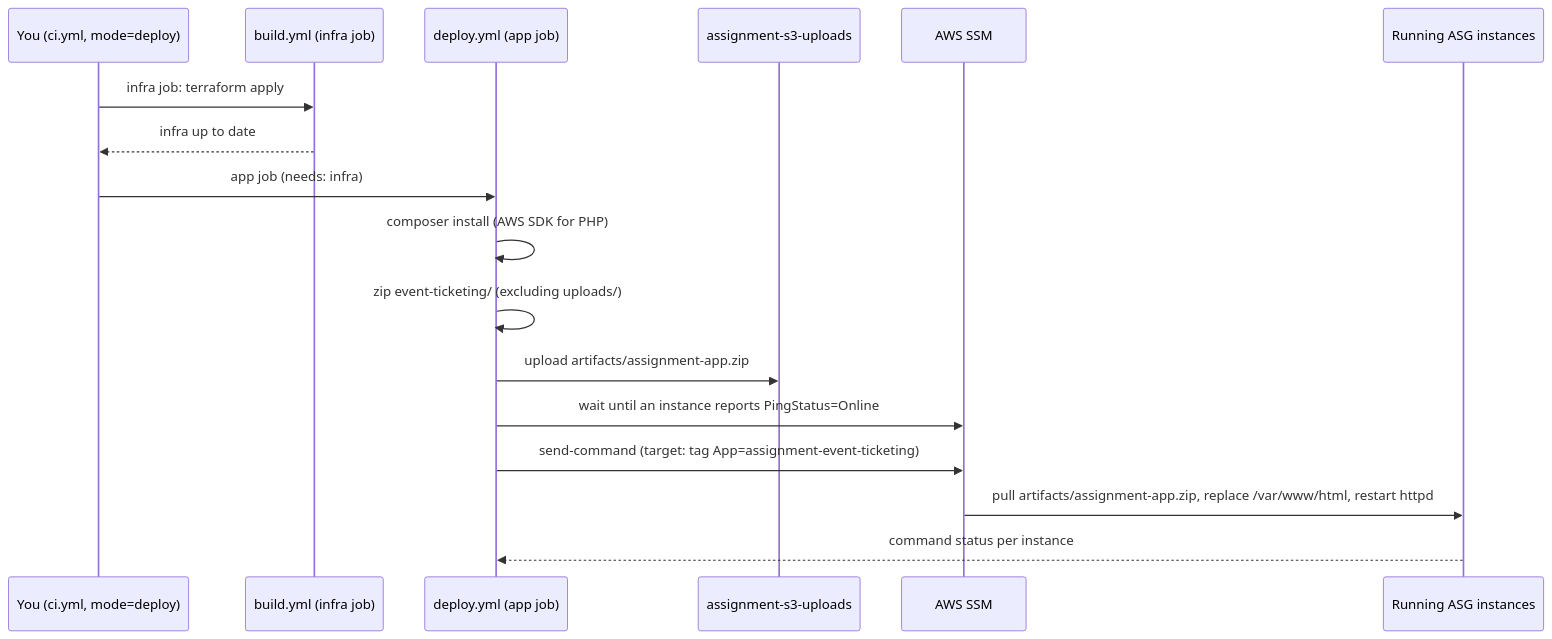
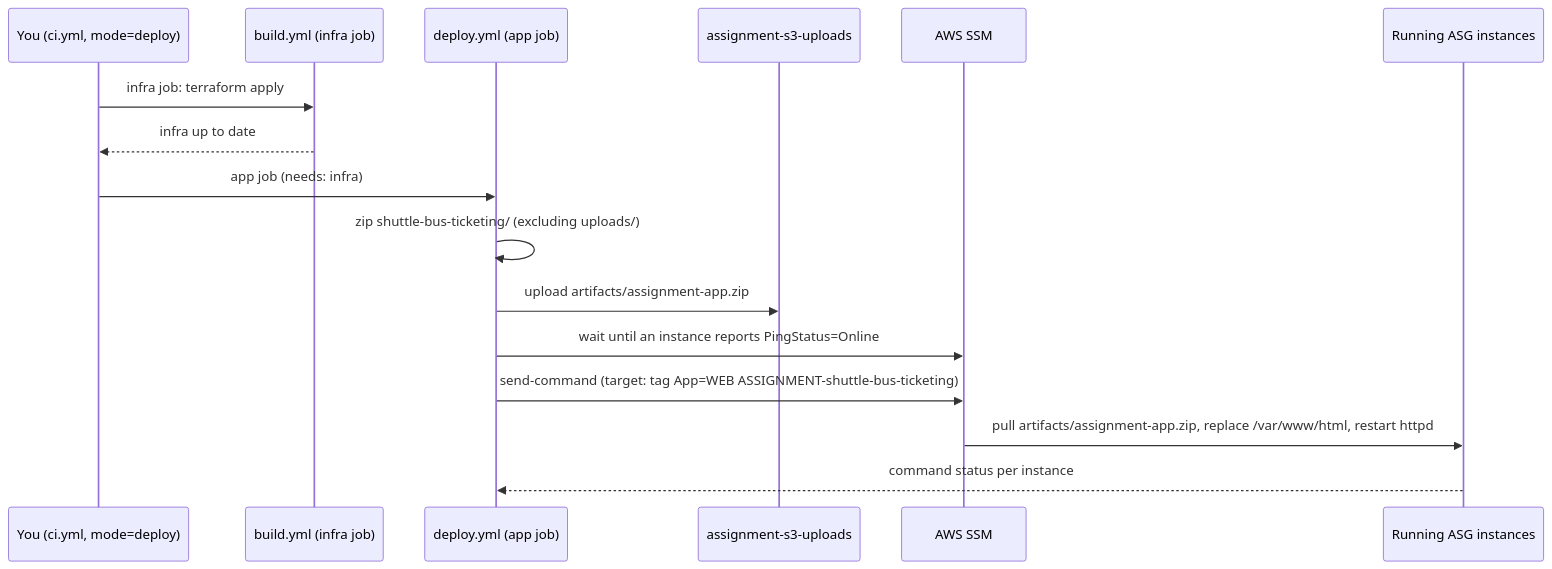
One commit to WEILI90/Campus-Shuttle-Bus-Ticketing-System changed the third of 3 diagrams in infra/README.md. Above: the diagram before and after it, drawn with Mermaid. The commit also changed other lines of this file and 10 other files, not shown here.

Commit message:
change from event ticketing to shuttle bus ticketing

````diff
--- a/infra/README.md
+++ b/infra/README.md
@@ -346,20 +340,19 @@
 ```mermaid
 sequenceDiagram
     participant Dev as You (ci.yml, mode=deploy)
     participant Build as build.yml (infra job)
     participant GHA as deploy.yml (app job)
     participant S3 as assignment-s3-uploads
     participant SSM as AWS SSM
     participant EC2 as Running ASG instances
 
     Dev->>Build: infra job: terraform apply
     Build-->>Dev: infra up to date
     Dev->>GHA: app job (needs: infra)
-    GHA->>GHA: composer install (AWS SDK for PHP)
-    GHA->>GHA: zip event-ticketing/ (excluding uploads/)
+    GHA->>GHA: zip shuttle-bus-ticketing/ (excluding uploads/)
     GHA->>S3: upload artifacts/assignment-app.zip
     GHA->>SSM: wait until an instance reports PingStatus=Online
-    GHA->>SSM: send-command (target: tag App=assignment-event-ticketing)
+    GHA->>SSM: send-command (target: tag App=WEB ASSIGNMENT-shuttle-bus-ticketing)
     SSM->>EC2: pull artifacts/assignment-app.zip, replace /var/www/html, restart httpd
     EC2-->>GHA: command status per instance
 ```
````
